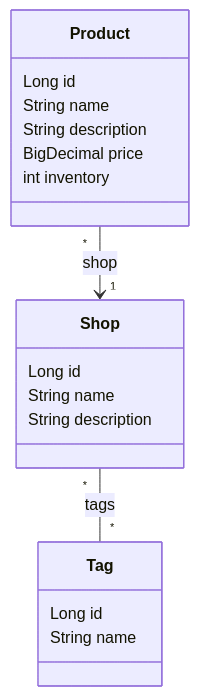
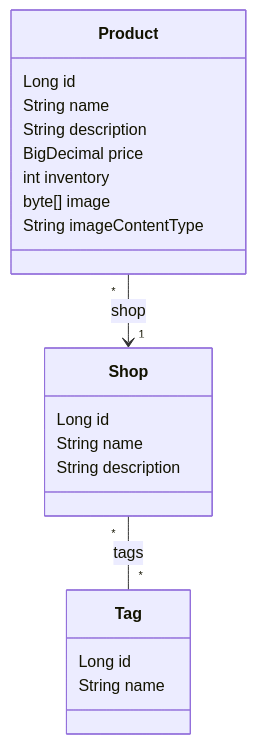
One commit to JacobA31/Mini-Shopify changed the first of 2 diagrams in README.md. Above: the diagram before and after it, drawn with Mermaid. The commit also changed other lines of this file, not shown here.

Commit message:
Add image fields to Product model and schema
Added image and imageContentType fields to Product model and updated corresponding database schema.

````diff
--- a/README.md
+++ b/README.md
@@ -98,21 +98,23 @@
 ```mermaid
 classDiagram
     class Shop {
         Long id
         String name
         String description
     }
     class Tag {
         Long id
         String name
     }
     class Product {
         Long id
         String name
         String description
         BigDecimal price
         int inventory
+        byte[] image
+        String imageContentType
     }
     Shop "*" -- "*" Tag : tags
     Product "*" --> "1" Shop : shop
 ```
````
